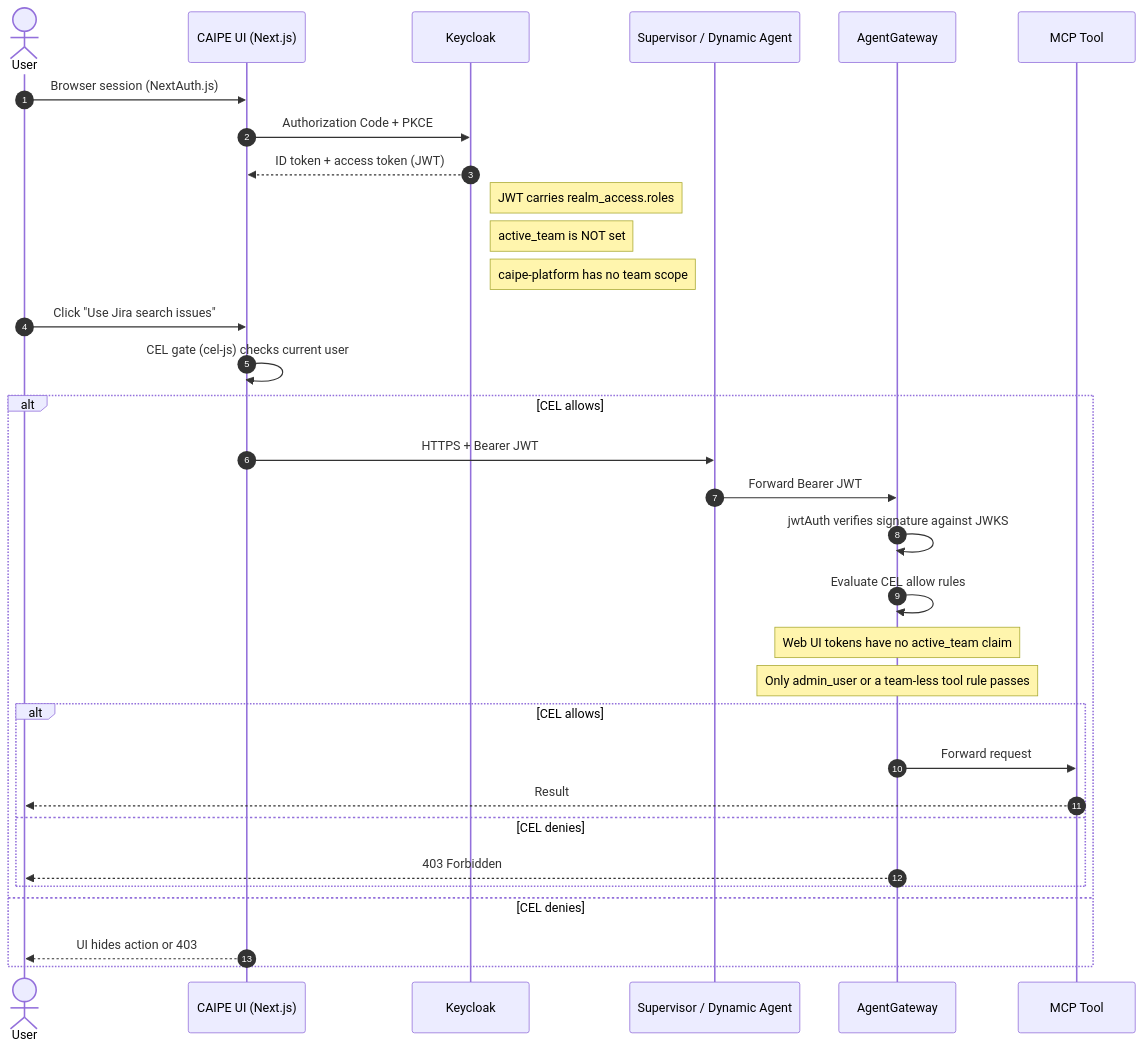
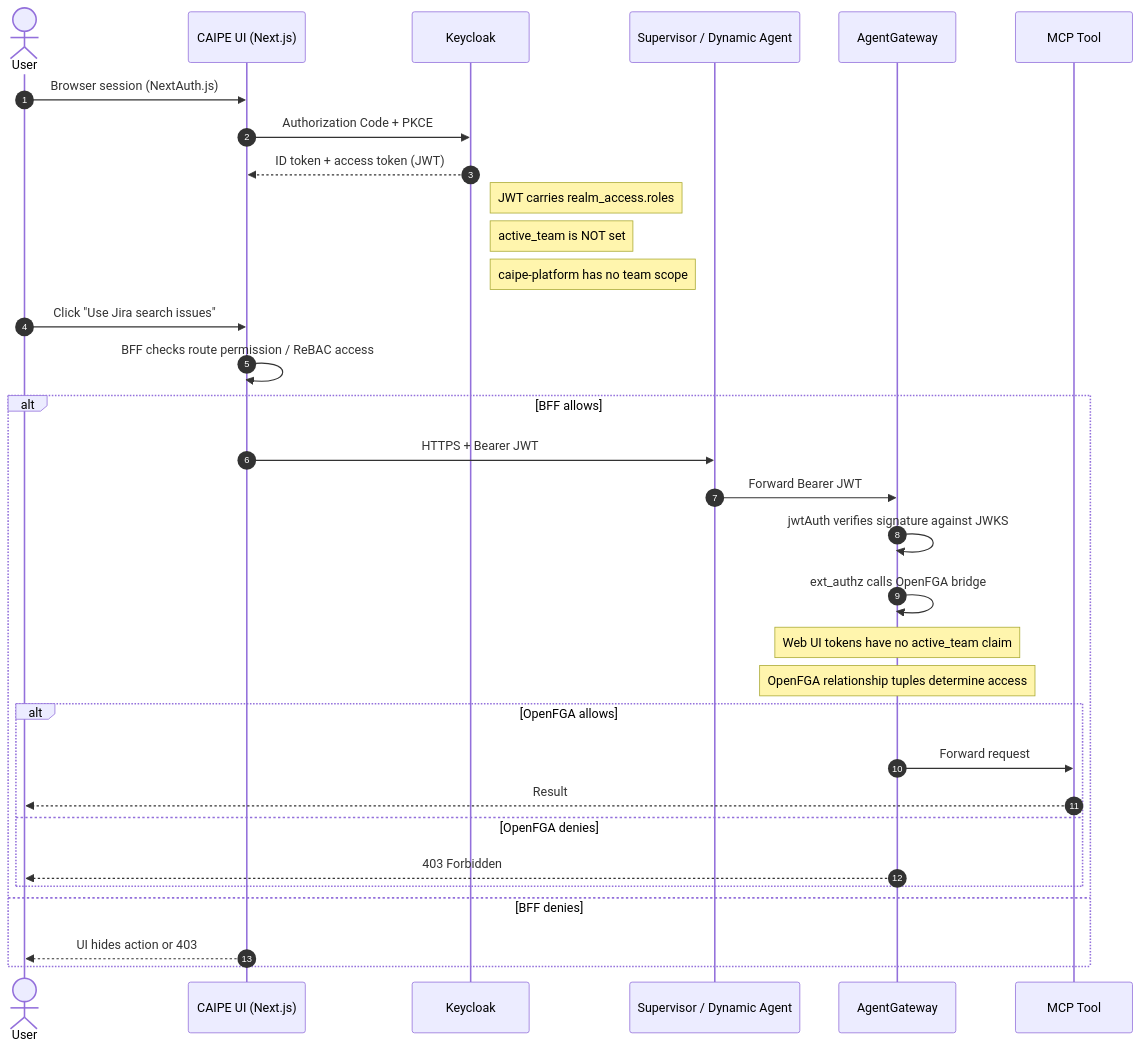
The third of 5 diagrams in docs/docs/security/rbac/roles-scopes-comparison.md (cnoe-io/ai-platform-engineering), drawn with Mermaid before and after one commit. The commit also changed other lines of this file and 8 other files, not shown here.

````diff
--- a/docs/docs/security/rbac/roles-scopes-comparison.md
+++ b/docs/docs/security/rbac/roles-scopes-comparison.md
@@ -412,36 +409,36 @@
 ```mermaid
 sequenceDiagram
     autonumber
     actor User
     participant UI as CAIPE UI (Next.js)
     participant KC as Keycloak
     participant SUP as Supervisor / Dynamic Agent
     participant AGW as AgentGateway
     participant MCP as MCP Tool
 
     User->>UI: Browser session (NextAuth.js)
     UI->>KC: Authorization Code + PKCE
     KC-->>UI: ID token + access token (JWT)
     Note right of KC: JWT carries realm_access.roles
     Note right of KC: active_team is NOT set
     Note right of KC: caipe-platform has no team scope
 
     User->>UI: Click "Use Jira search issues"
-    UI->>UI: CEL gate (cel-js) checks current user
-    alt CEL allows
+    UI->>UI: BFF checks route permission / ReBAC access
+    alt BFF allows
         UI->>SUP: HTTPS + Bearer JWT
         SUP->>AGW: Forward Bearer JWT
         AGW->>AGW: jwtAuth verifies signature against JWKS
-        AGW->>AGW: Evaluate CEL allow rules
+        AGW->>AGW: ext_authz calls OpenFGA bridge
         Note over AGW: Web UI tokens have no active_team claim
-        Note over AGW: Only admin_user or a team-less tool rule passes
-        alt CEL allows
+        Note over AGW: OpenFGA relationship tuples determine access
+        alt OpenFGA allows
             AGW->>MCP: Forward request
             MCP-->>User: Result
-        else CEL denies
+        else OpenFGA denies
             AGW-->>User: 403 Forbidden
         end
-    else CEL denies
+    else BFF denies
         UI-->>User: UI hides action or 403
     end
 ```
````
